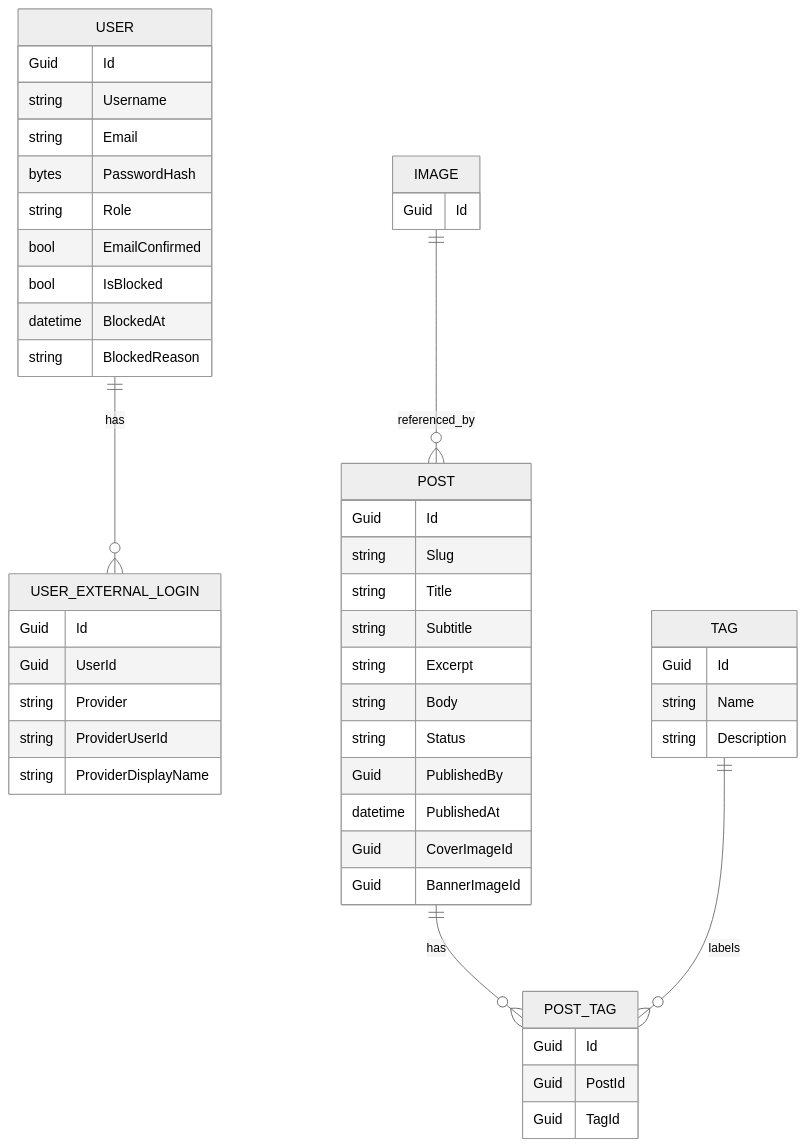
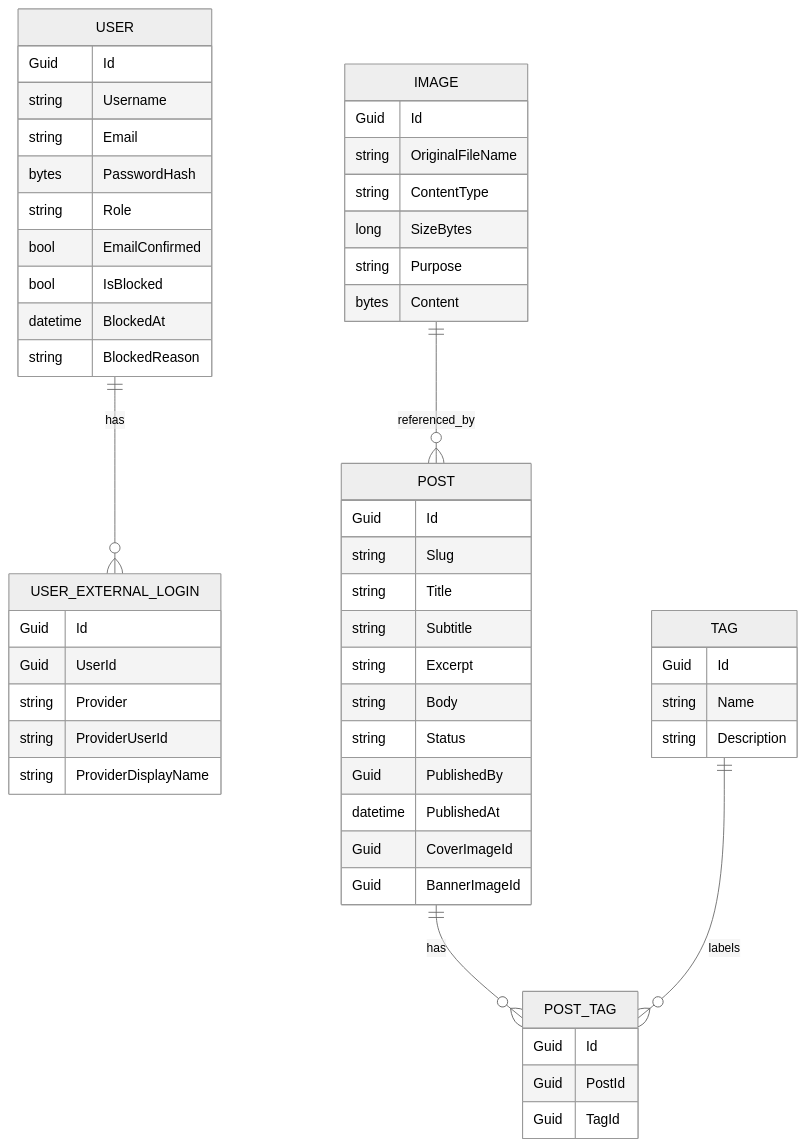
Before and after one commit to 2chevskii/zerox2c-blog-backend: the diagram in docs/architecture/data-schema.md, drawn with Mermaid (neutral theme). The commit also changed other lines of this file and 5 other files, not shown here.

````diff
--- a/docs/architecture/data-schema.md
+++ b/docs/architecture/data-schema.md
@@ -291,57 +307,62 @@
 ```mermaid
 erDiagram
     USER ||--o{ USER_EXTERNAL_LOGIN : has
     POST ||--o{ POST_TAG : has
     TAG ||--o{ POST_TAG : labels
     IMAGE ||--o{ POST : referenced_by
 
     USER {
         Guid Id
         string Username
         string Email
         bytes PasswordHash
         string Role
         bool EmailConfirmed
         bool IsBlocked
         datetime BlockedAt
         string BlockedReason
     }
 
     USER_EXTERNAL_LOGIN {
         Guid Id
         Guid UserId
         string Provider
         string ProviderUserId
         string ProviderDisplayName
     }
 
     POST {
         Guid Id
         string Slug
         string Title
         string Subtitle
         string Excerpt
         string Body
         string Status
         Guid PublishedBy
         datetime PublishedAt
         Guid CoverImageId
         Guid BannerImageId
     }
 
     TAG {
         Guid Id
         string Name
         string Description
     }
 
     POST_TAG {
         Guid Id
         Guid PostId
         Guid TagId
     }
 
     IMAGE {
         Guid Id
+        string OriginalFileName
+        string ContentType
+        long SizeBytes
+        string Purpose
+        bytes Content
     }
 ```
````
